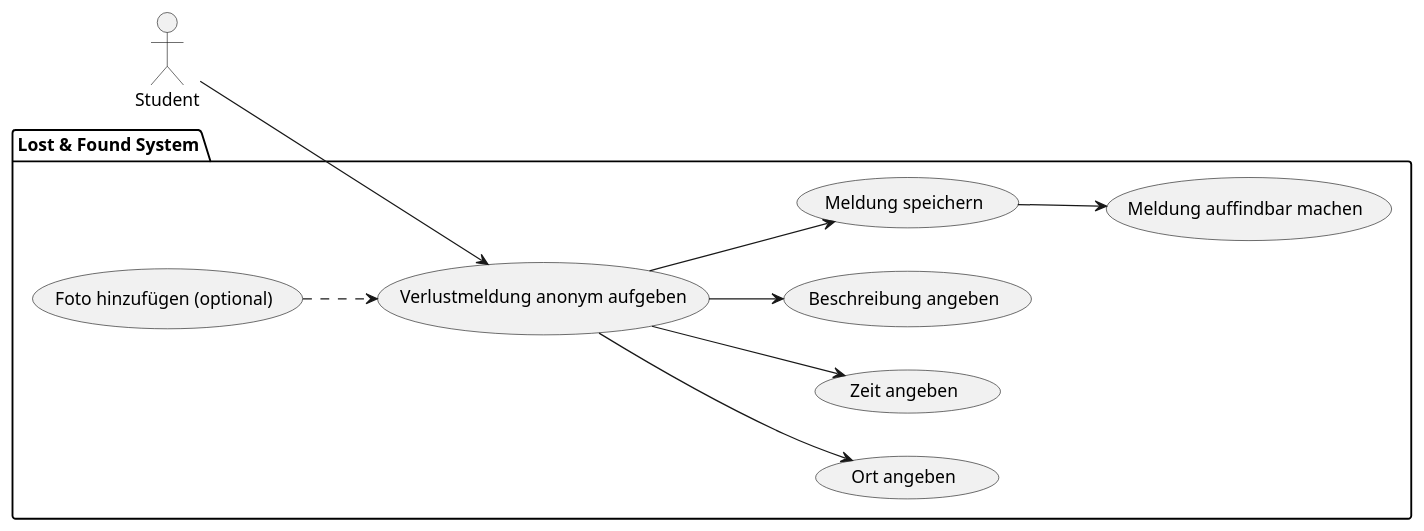
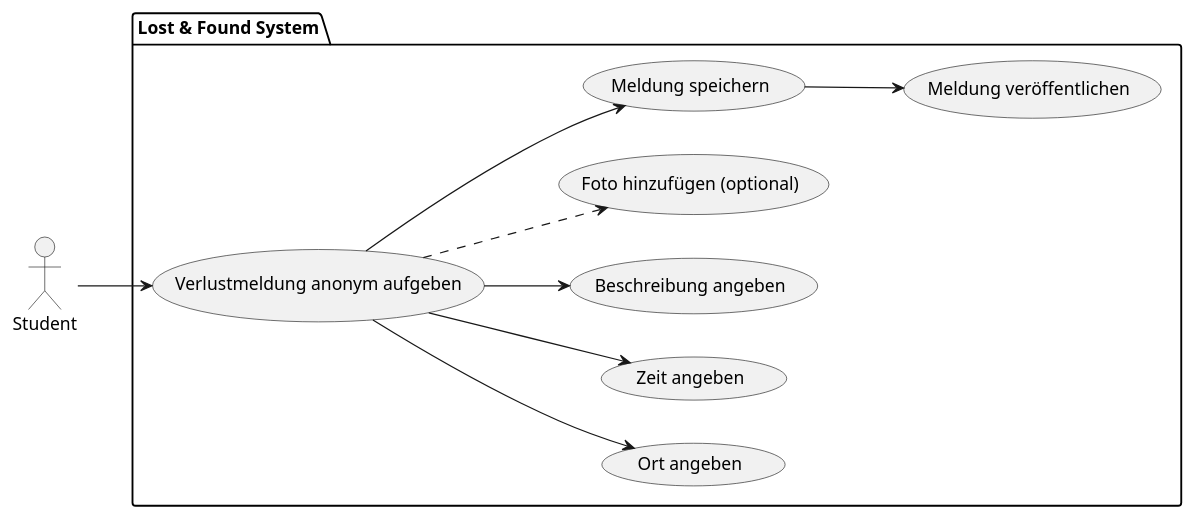
The diagram in docs/architecture/use-case-user-story-1.puml (Tom0603/SoftwareEngineering_Lecture), drawn with PlantUML before and after one commit.

Commit message:
Update use case

```diff
--- a/docs/architecture/use-case-user-story-1.puml
+++ b/docs/architecture/use-case-user-story-1.puml
@@ -1,23 +1,23 @@
 @startuml
 left to right direction
 actor "Student" as s
 
 package "Lost & Found System" {
   usecase "Verlustmeldung anonym aufgeben" as UC1
   usecase "Ort angeben" as UC2
   usecase "Zeit angeben" as UC3
   usecase "Beschreibung angeben" as UC4
   usecase "Foto hinzufügen (optional)" as UC5
   usecase "Meldung speichern" as UC6
-  usecase "Meldung auffindbar machen" as UC7
+  usecase "Meldung veröffentlichen" as UC7
 }
 
 s --> UC1
 
 UC1 --> UC2
 UC1 --> UC3
 UC1 --> UC4
-UC5 ..> UC1
+UC1 ..> UC5
 UC1 --> UC6
 UC6 --> UC7
 @enduml
```
